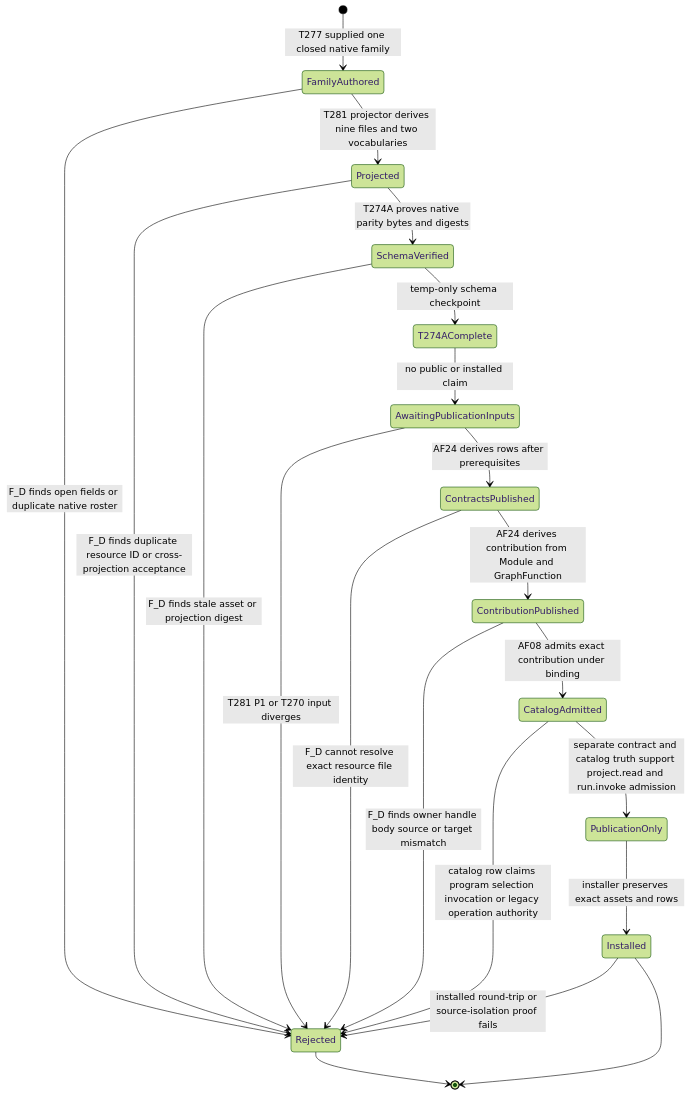
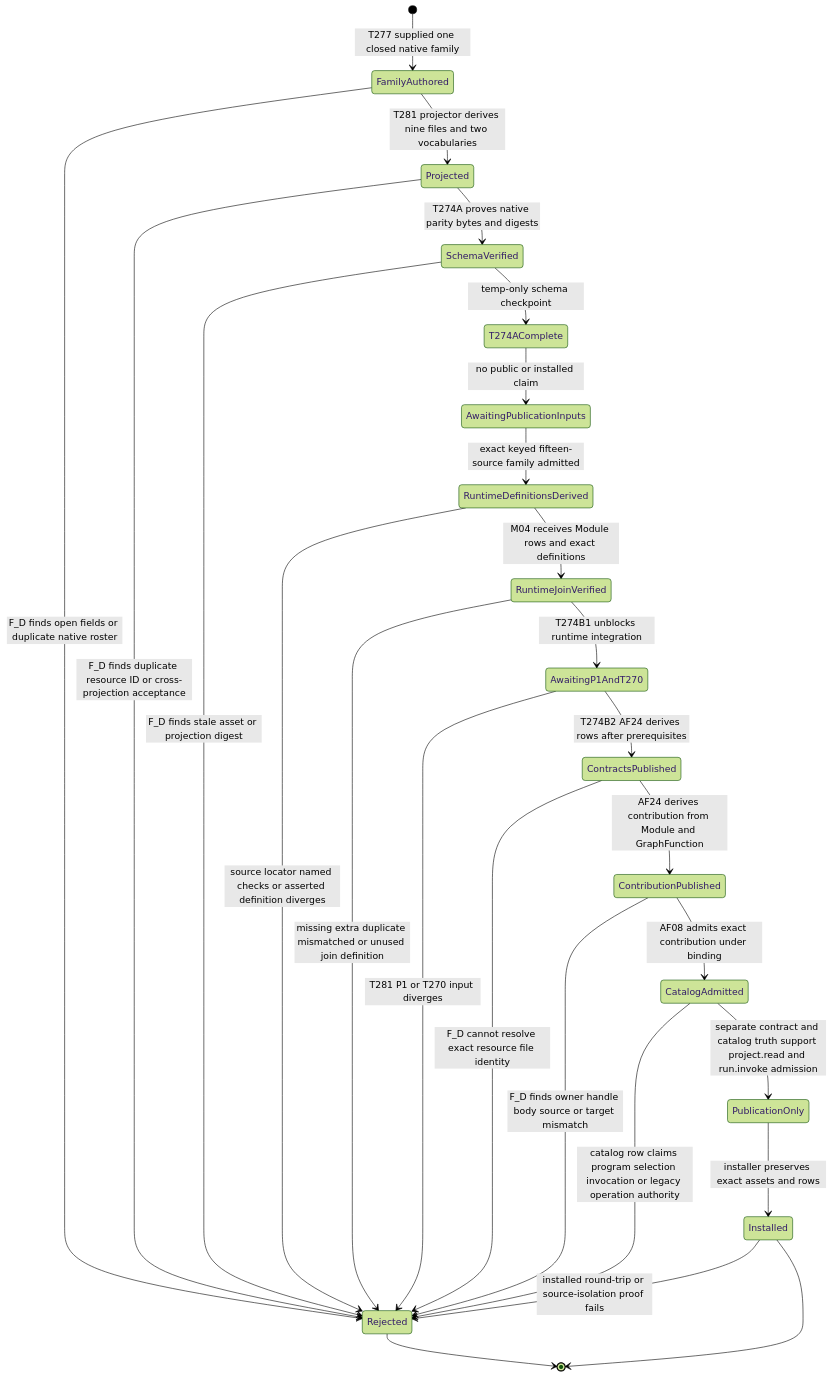
The third of 3 diagrams in build_tenants/abiogenesis/typescript/design/M02_M04_CONSENSUS_PUBLICATION_PRIME_CONTRACTION_BEHAVIOR_DESIGN.md (foolishimp/abiogenesis), drawn with Mermaid (forest theme) before and after one commit. The commit also changed other lines of this file and 5 other files, not shown here.

````diff
--- a/build_tenants/abiogenesis/typescript/design/M02_M04_CONSENSUS_PUBLICATION_PRIME_CONTRACTION_BEHAVIOR_DESIGN.md
+++ b/build_tenants/abiogenesis/typescript/design/M02_M04_CONSENSUS_PUBLICATION_PRIME_CONTRACTION_BEHAVIOR_DESIGN.md
@@ -321,23 +388,28 @@
 ```mermaid
 stateDiagram-v2
   [*] --> FamilyAuthored: T277 supplied one closed native family
   FamilyAuthored --> Rejected: F_D finds open fields or duplicate native roster
   FamilyAuthored --> Projected: T281 projector derives nine files and two vocabularies
   Projected --> Rejected: F_D finds duplicate resource ID or cross-projection acceptance
   Projected --> SchemaVerified: T274A proves native parity bytes and digests
   SchemaVerified --> Rejected: F_D finds stale asset or projection digest
   SchemaVerified --> T274AComplete: temp-only schema checkpoint
   T274AComplete --> AwaitingPublicationInputs: no public or installed claim
-  AwaitingPublicationInputs --> Rejected: T281 P1 or T270 input diverges
-  AwaitingPublicationInputs --> ContractsPublished: AF24 derives rows after prerequisites
+  AwaitingPublicationInputs --> RuntimeDefinitionsDerived: exact keyed fifteen-source family admitted
+  RuntimeDefinitionsDerived --> Rejected: source locator named checks or asserted definition diverges
+  RuntimeDefinitionsDerived --> RuntimeJoinVerified: M04 receives Module rows and exact definitions
+  RuntimeJoinVerified --> Rejected: missing extra duplicate mismatched or unused join definition
+  RuntimeJoinVerified --> AwaitingP1AndT270: T274B1 unblocks runtime integration
+  AwaitingP1AndT270 --> Rejected: T281 P1 or T270 input diverges
+  AwaitingP1AndT270 --> ContractsPublished: T274B2 AF24 derives rows after prerequisites
   ContractsPublished --> Rejected: F_D cannot resolve exact resource file identity
   ContractsPublished --> ContributionPublished: AF24 derives contribution from Module and GraphFunction
   ContributionPublished --> Rejected: F_D finds owner handle body source or target mismatch
   ContributionPublished --> CatalogAdmitted: AF08 admits exact contribution under binding
   CatalogAdmitted --> Rejected: catalog row claims program selection invocation or legacy operation authority
   CatalogAdmitted --> PublicationOnly: separate contract and catalog truth support project.read and run.invoke admission
   PublicationOnly --> Installed: installer preserves exact assets and rows
   Installed --> Rejected: installed round-trip or source-isolation proof fails
   Installed --> [*]
   Rejected --> [*]
 ```
````
